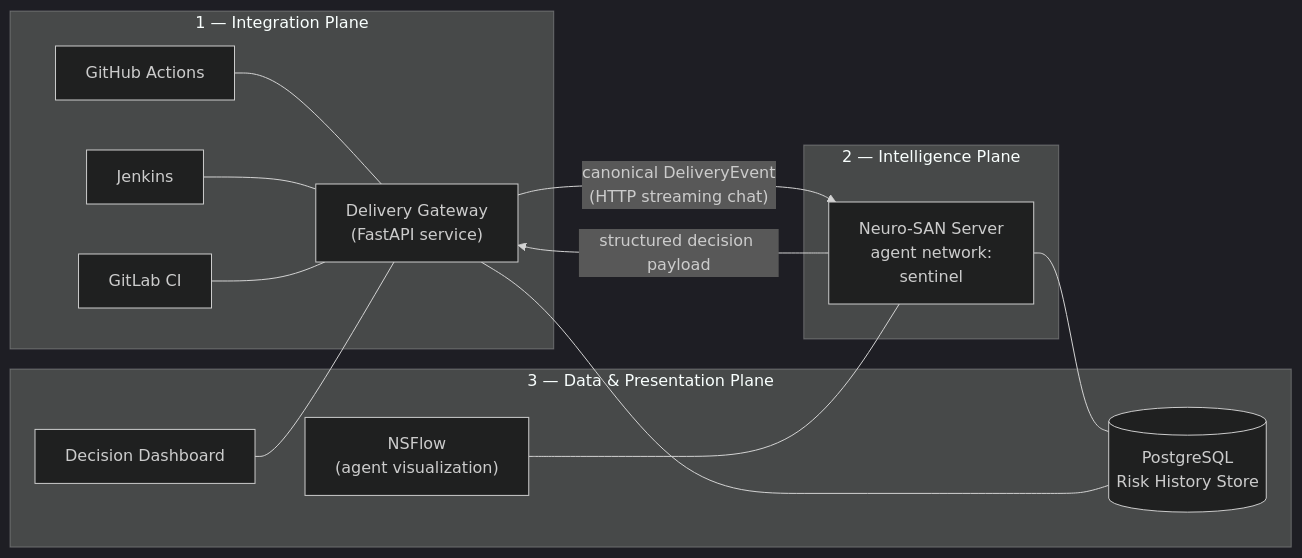
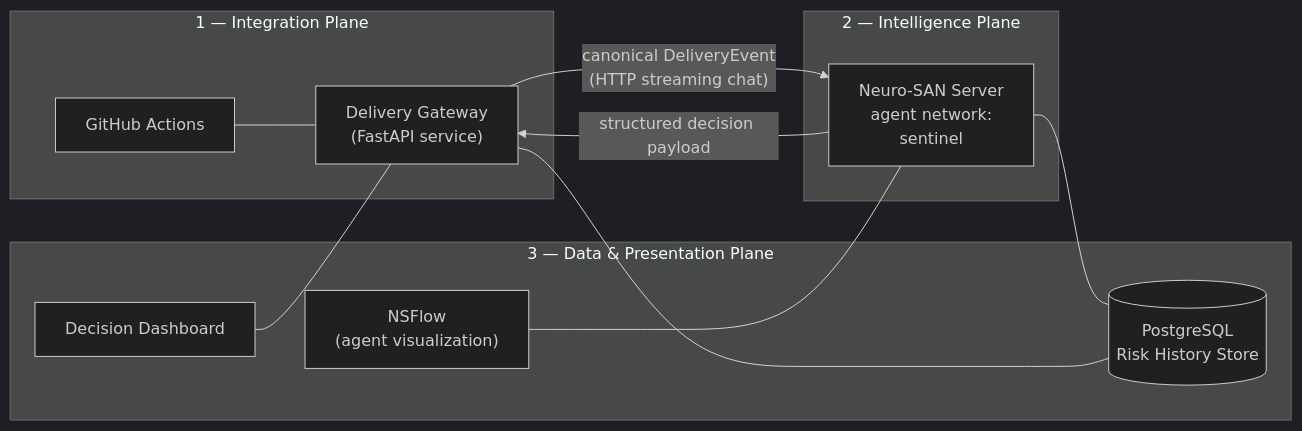
Before and after one commit to anandharshit712/Sentinel: the first of 2 diagrams in docs/solution/01-proposed-solution.md, drawn with Mermaid (dark theme). The commit also changed other lines of this file and 8 other files, not shown here.

````diff
--- a/docs/solution/01-proposed-solution.md
+++ b/docs/solution/01-proposed-solution.md
@@ -47,23 +49,21 @@
 ```mermaid
 flowchart LR
     subgraph IP["1 — Integration Plane"]
         GH["GitHub Actions"] --- GW
-        JK["Jenkins"] --- GW
-        GL["GitLab CI"] --- GW
         GW["Delivery Gateway<br/>(FastAPI service)"]
     end
     subgraph INTP["2 — Intelligence Plane"]
         NS["Neuro-SAN Server<br/>agent network:<br/>sentinel"]
     end
     subgraph DP["3 — Data & Presentation Plane"]
         PG[("PostgreSQL<br/>Risk History Store")]
         DB["Decision Dashboard"]
         NF["NSFlow<br/>(agent visualization)"]
     end
     GW -->|"canonical DeliveryEvent<br/>(HTTP streaming chat)"| NS
     NS -->|"structured decision payload"| GW
     NS --- PG
     GW --- PG
     DB --- GW
     NF --- NS
 ```
````
